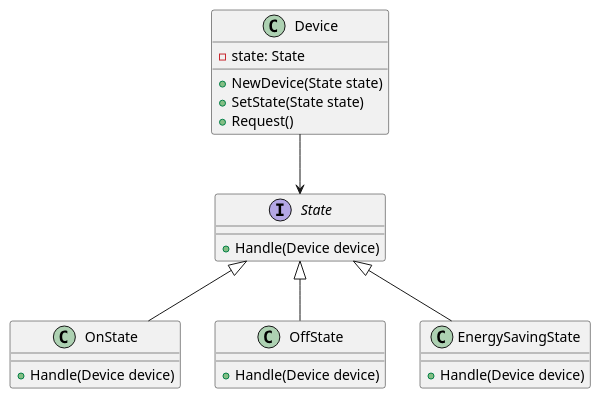
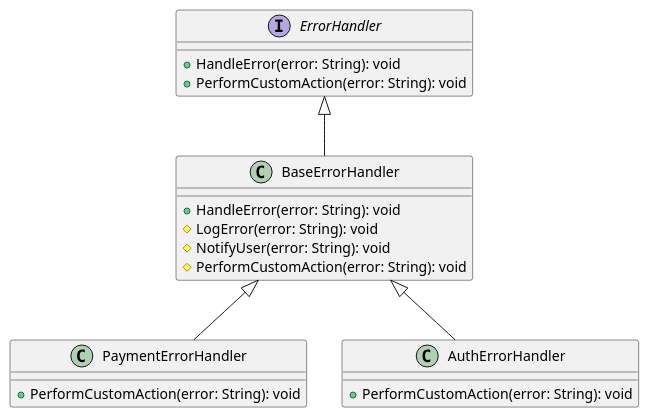
Before and after one commit to andrewovchinnikov/design-patterns: the diagram in klassifikaciya-patternov/povedencheskie-patterny-behavioral-patterns/shablonnyi-metod-template-method/primery/obrabotka-oshibok-i-isklyuchenii/go.md, drawn with PlantUML. The commit also changed other lines of this file and 6 other files, not shown here.

````diff
--- a/klassifikaciya-patternov/povedencheskie-patterny-behavioral-patterns/shablonnyi-metod-template-method/primery/obrabotka-oshibok-i-isklyuchenii/go.md
+++ b/klassifikaciya-patternov/povedencheskie-patterny-behavioral-patterns/shablonnyi-metod-template-method/primery/obrabotka-oshibok-i-isklyuchenii/go.md
@@ -100,31 +102,27 @@
 ```plantuml
 @startuml
-interface State {
-    +Handle(Device device)
+interface ErrorHandler {
+    +HandleError(error: String): void
+    +PerformCustomAction(error: String): void
 }
 
-class OnState {
-    +Handle(Device device)
+class BaseErrorHandler {
+    +HandleError(error: String): void
+    #LogError(error: String): void
+    #NotifyUser(error: String): void
+    #PerformCustomAction(error: String): void
 }
 
-class OffState {
-    +Handle(Device device)
+class PaymentErrorHandler {
+    +PerformCustomAction(error: String): void
 }
 
-class EnergySavingState {
-    +Handle(Device device)
+class AuthErrorHandler {
+    +PerformCustomAction(error: String): void
 }
 
-class Device {
-    -state: State
-    +NewDevice(State state)
-    +SetState(State state)
-    +Request()
-}
-
-State <|-- OnState
-State <|-- OffState
-State <|-- EnergySavingState
-Device --> State
+ErrorHandler <|-- BaseErrorHandler
+BaseErrorHandler <|-- PaymentErrorHandler
+BaseErrorHandler <|-- AuthErrorHandler
 @enduml
 ```
````
